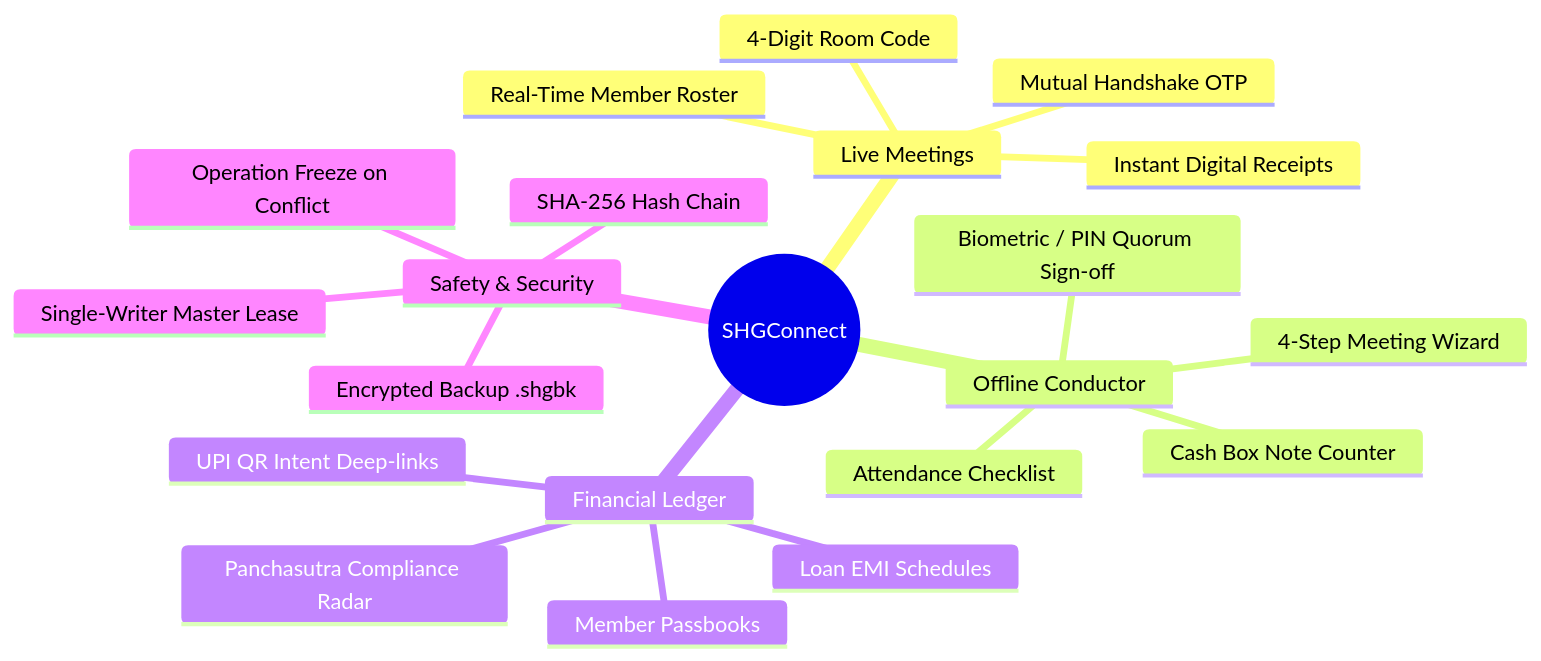
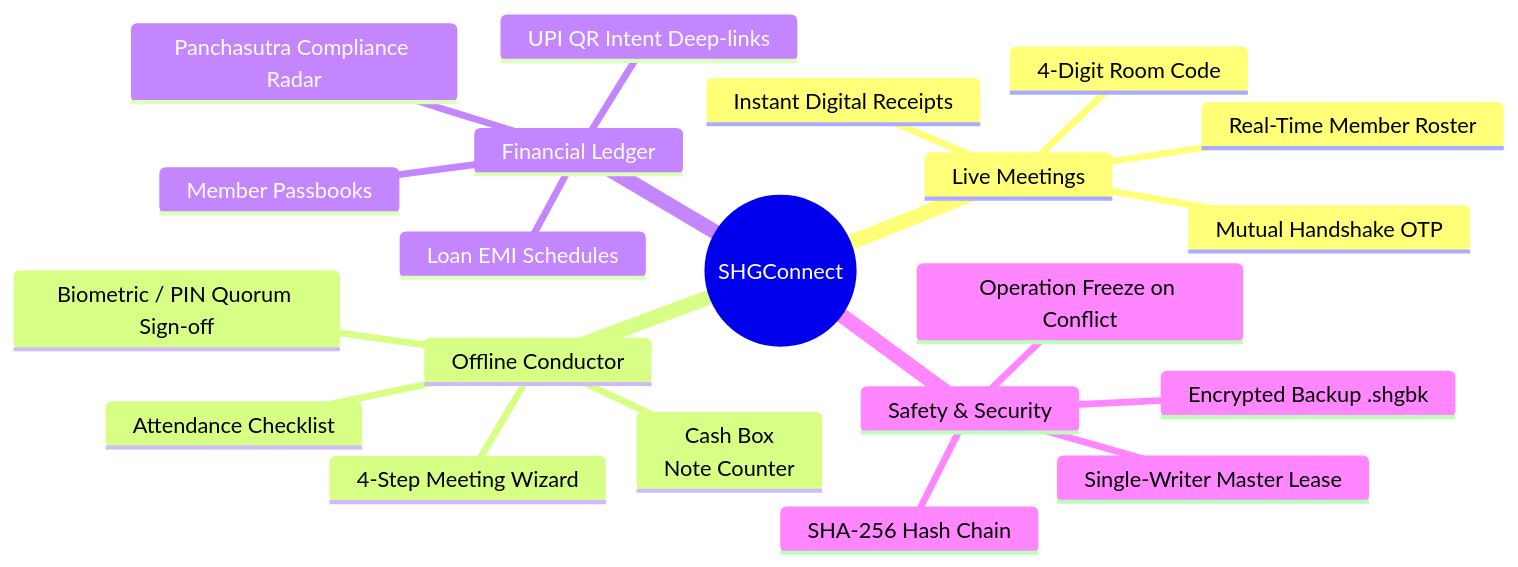
The third of 4 diagrams in README.md (AayushRahate07/shg-connect), drawn with Mermaid before and after one commit. The commit also changed other lines of this file, not shown here.

````diff
--- a/README.md
+++ b/README.md
@@ -118,24 +106,24 @@
 ```mermaid
 mindmap
   root((SHGConnect))
     Live Meetings
       4-Digit Room Code
       Real-Time Member Roster
       Mutual Handshake OTP
       Instant Digital Receipts
     Offline Conductor
       4-Step Meeting Wizard
       Attendance Checklist
-      Cash Box Note Counter
+      Cash Box<br/>Note Counter
       Biometric / PIN Quorum Sign-off
     Financial Ledger
       Member Passbooks
       Loan EMI Schedules
       Panchasutra Compliance Radar
       UPI QR Intent Deep-links
     Safety & Security
       SHA-256 Hash Chain
       Single-Writer Master Lease
       Encrypted Backup .shgbk
       Operation Freeze on Conflict
 ```
````
